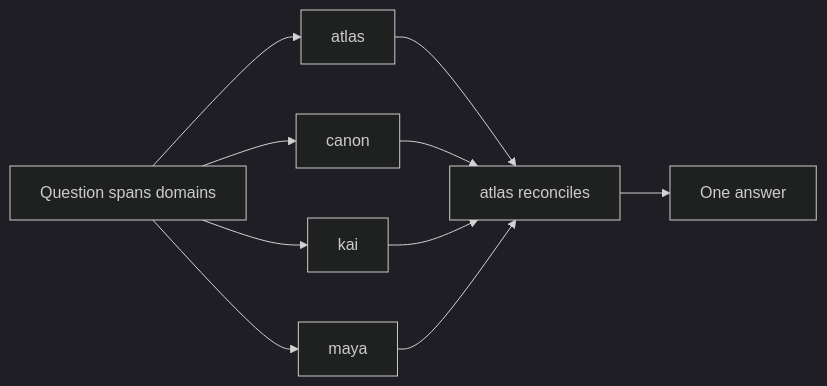
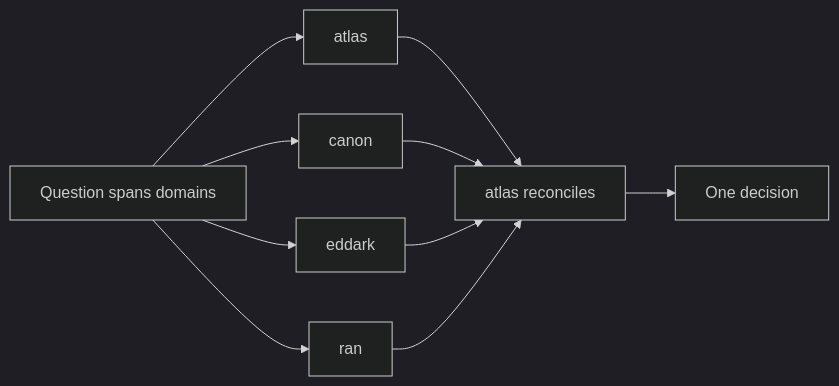
The first of 2 diagrams in .claude/SQUAD-ROUTING.md (DatNguyen998/orchestrator_prompts), drawn with Mermaid (dark theme) before and after one commit. The commit also changed other lines of this file and 7 other files, not shown here.

````diff
--- a/.claude/SQUAD-ROUTING.md
+++ b/.claude/SQUAD-ROUTING.md
@@ -23,12 +37,12 @@
 ```mermaid
 flowchart LR
   Q[Question spans domains] --> A[atlas]
   Q --> C[canon]
-  Q --> K[kai]
-  Q --> M[maya]
-  A --> R[atlas reconciles]
-  C --> R
-  K --> R
-  M --> R
-  R --> Out[One answer]
+  Q --> E[eddark]
+  Q --> R[ran]
+  A --> M[atlas reconciles]
+  C --> M
+  E --> M
+  R --> M
+  M --> Out[One decision]
 ```
````
